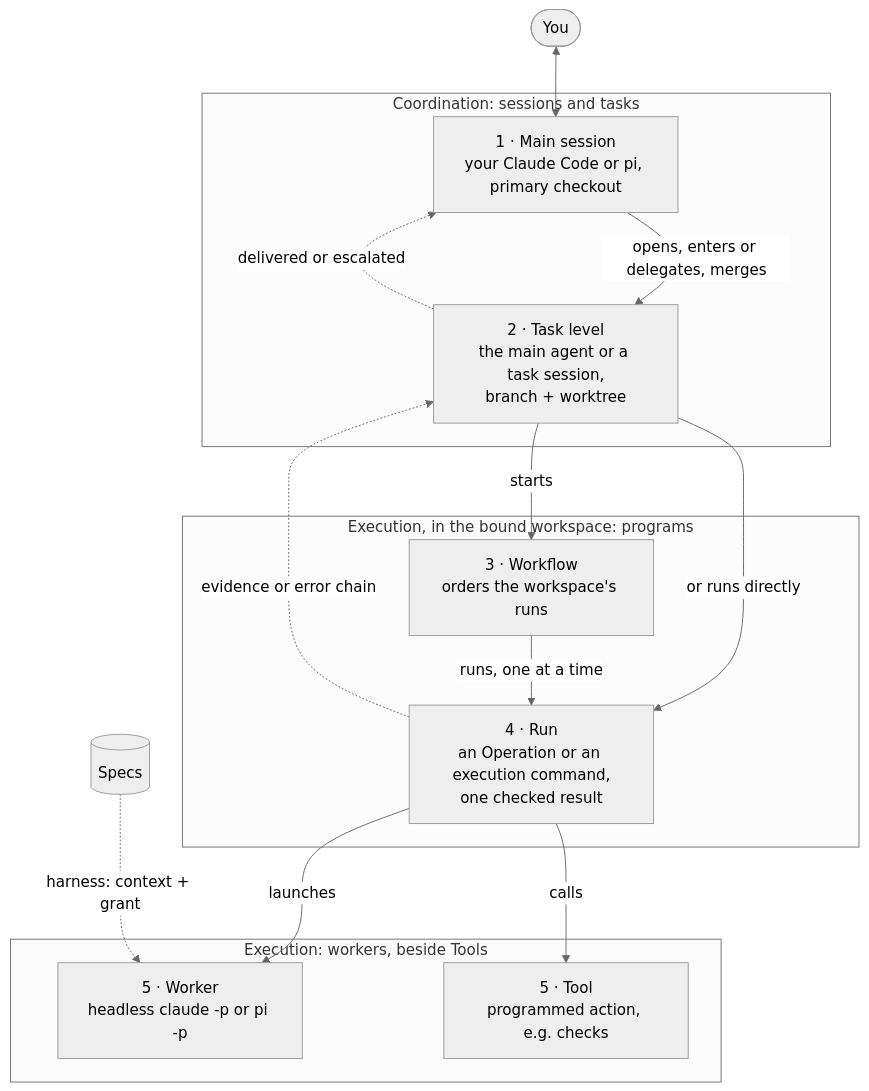
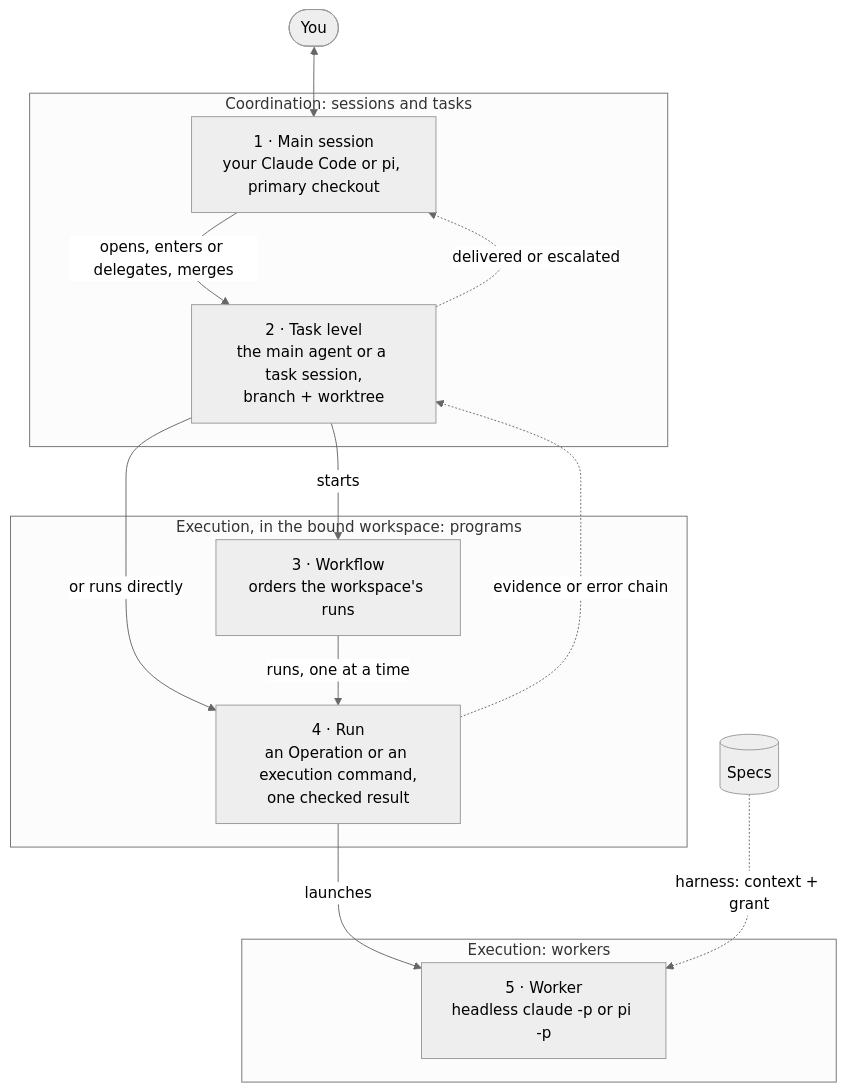
The diagram in README.md (FTOD/concorde), drawn with Mermaid (neutral theme) before and after one commit. The commit also changed other lines of this file and 29 other files, not shown here.

First line of the commit message:
Remove the Tools group and the Tool concept

````diff
--- a/README.md
+++ b/README.md
@@ -41,27 +41,25 @@
 ```mermaid
 flowchart TB
   you(["You"])
   subgraph top["Coordination: sessions and tasks"]
     main["1 · Main session<br/>your Claude Code or pi, primary checkout"]
     task["2 · Task level<br/>the main agent or a task session,<br/>branch + worktree"]
   end
   subgraph mid["Execution, in the bound workspace: programs"]
     wf["3 · Workflow<br/>orders the workspace's runs"]
     op["4 · Run<br/>an Operation or an execution command,<br/>one checked result"]
   end
-  subgraph bottom["Execution: workers, beside Tools"]
+  subgraph bottom["Execution: workers"]
     w["5 · Worker<br/>headless claude -p or pi -p"]
-    tool["5 · Tool<br/>programmed action, e.g. checks"]
   end
   specs[("Specs")]
   you <--> main
   main -->|opens, enters or delegates, merges| task
   task -->|starts| wf
   task -->|or runs directly| op
   wf -->|runs, one at a time| op
   op -->|launches| w
-  op -->|calls| tool
   specs -.->|harness: context + grant| w
   op -.->|evidence or error chain| task
   task -.->|delivered or escalated| main
 ```
````
